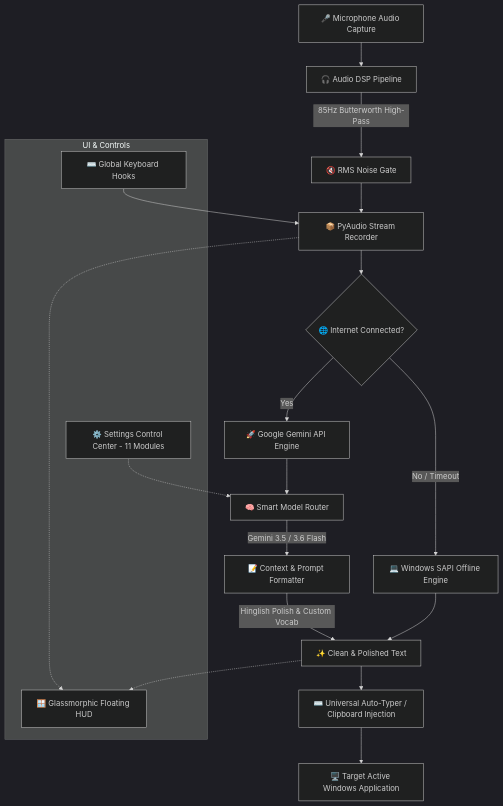
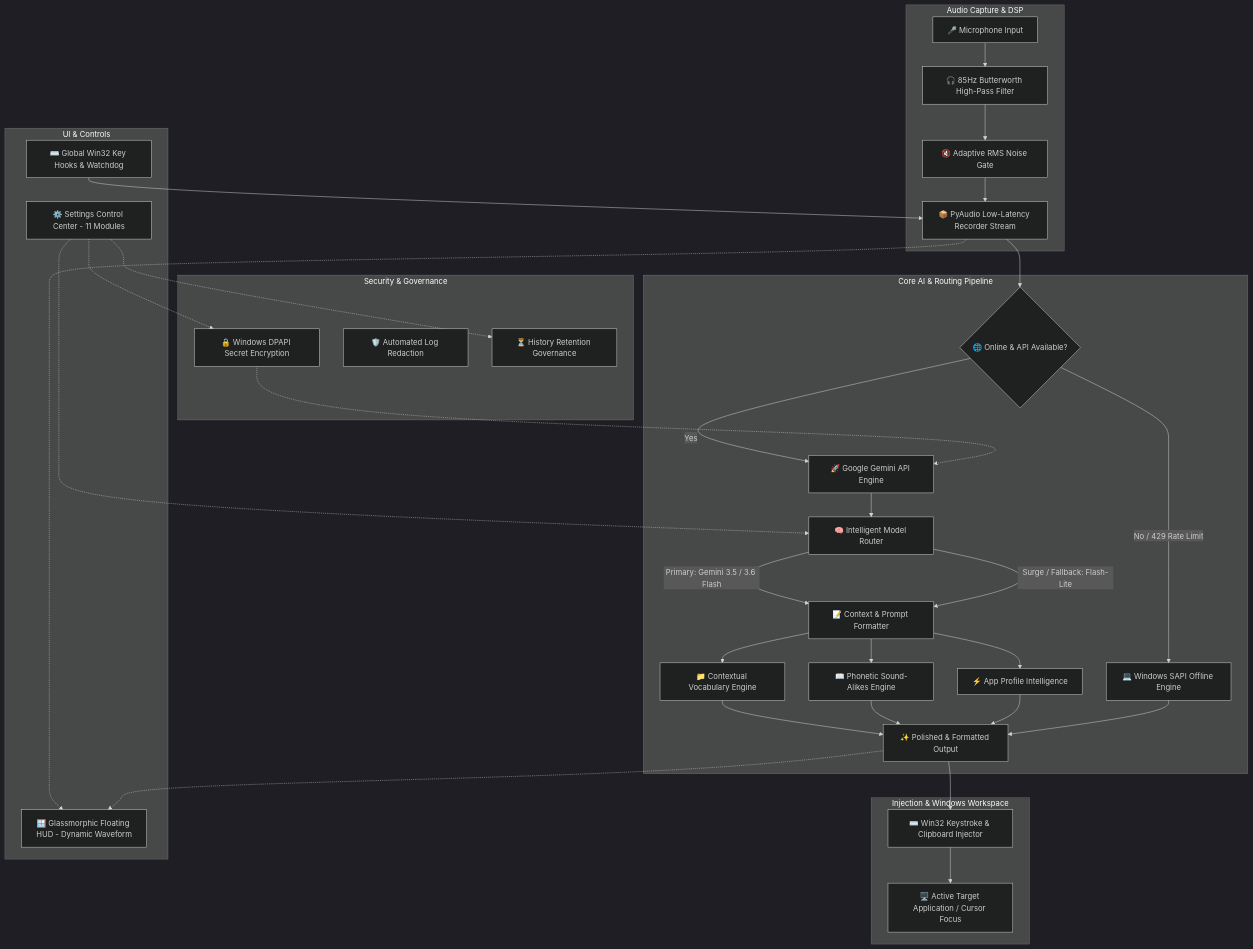
Before and after one commit to SriniwasAwasthi/gemini-flow: the diagram in README.md, drawn with Mermaid (dark theme). The commit also changed other lines of this file and 18 other files, not shown here.

First line of the commit message:
feat(api): update Gemini production models, add one-click key activation & sync architecture docs

````diff
--- a/README.md
+++ b/README.md
@@ -138,30 +139,52 @@
 ```mermaid
 flowchart TD
-    A[🎤 Microphone Audio Capture] --> B[🎧 Audio DSP Pipeline]
-    B -->|85Hz Butterworth High-Pass| C[🔇 RMS Noise Gate]
-    C --> D[📦 PyAudio Stream Recorder]
-    
-    D --> E{🌐 Internet Connected?}
-    E -- Yes --> F[🚀 Google Gemini API Engine]
-    E -- No / Timeout --> G[💻 Windows SAPI Offline Engine]
-    
-    F --> H[🧠 Smart Model Router]
-    H -->|Gemini 3.5 / 3.6 Flash| I[📝 Context & Prompt Formatter]
-    I -->|Hinglish Polish & Custom Vocab| J[✨ Clean & Polished Text]
-    
-    G --> J
-    
-    J --> K[⌨️ Universal Auto-Typer / Clipboard Injection]
-    K --> L[🖥️ Target Active Windows Application]
-    
+    subgraph Audio Capture & DSP
+        A[🎤 Microphone Input] --> B[🎧 85Hz Butterworth High-Pass Filter]
+        B --> C[🔇 Adaptive RMS Noise Gate]
+        C --> D[📦 PyAudio Low-Latency Recorder Stream]
+    end
+
+    subgraph Core AI & Routing Pipeline
+        D --> E{🌐 Online & API Available?}
+        E -- Yes --> F[🚀 Google Gemini API Engine]
+        E -- No / 429 Rate Limit --> G[💻 Windows SAPI Offline Engine]
+        
+        F --> H[🧠 Intelligent Model Router]
+        H -->|Primary: Gemini 3.5 / 3.6 Flash| I[📝 Context & Prompt Formatter]
+        H -->|Surge / Fallback: Flash-Lite| I
+        
+        I --> J[📁 Contextual Vocabulary Engine]
+        I --> K[📖 Phonetic Sound-Alikes Engine]
+        I --> L[⚡ App Profile Intelligence]
+        
+        J --> M[✨ Polished & Formatted Output]
+        K --> M
+        L --> M
+        G --> M
+    end
+
+    subgraph Injection & Windows Workspace
+        M --> N[⌨️ Win32 Keystroke & Clipboard Injector]
+        N --> O[🖥️ Active Target Application / Cursor Focus]
+    end
+
     subgraph UI & Controls
-        M[🪟 Glassmorphic Floating HUD]
-        N[⚙️ Settings Control Center - 11 Modules]
-        O[⌨️ Global Keyboard Hooks]
+        P[🪟 Glassmorphic Floating HUD - Dynamic Waveform]
+        Q[⚙️ Settings Control Center - 11 Modules]
+        R[⌨️ Global Win32 Key Hooks & Watchdog]
     end
-    
-    O --> D
-    D -.-> M
-    J -.-> M
-    N -.-> H
+
+    subgraph Security & Governance
+        S[🔒 Windows DPAPI Secret Encryption]
+        T[🛡️ Automated Log Redaction]
+        U[⏳ History Retention Governance]
+    end
+
+    R --> D
+    D -.-> P
+    M -.-> P
+    Q -.-> H
+    Q -.-> S
+    Q -.-> U
+    S -.-> F
 ```
````
